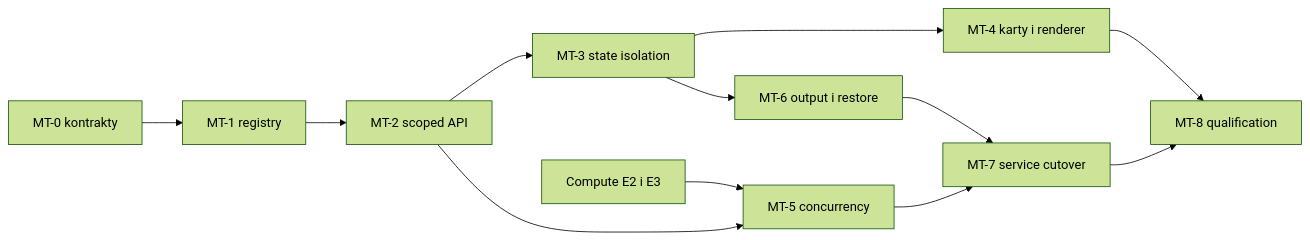
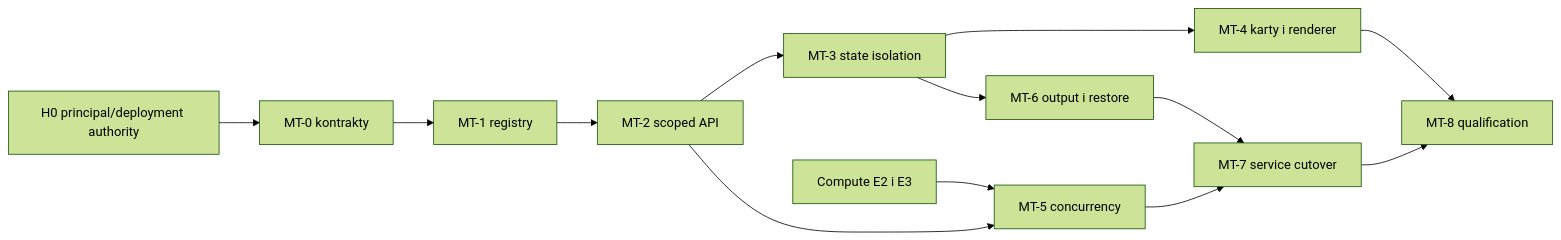
The second of 2 diagrams in docs/plans/active/multi-project-tabs-20261005.md (MateuszZelent/fullmag), drawn with Mermaid (forest theme) before and after one commit. The commit also changed other lines of this file and 9 other files, not shown here.

````diff
--- a/docs/plans/active/multi-project-tabs-20261005.md
+++ b/docs/plans/active/multi-project-tabs-20261005.md
@@ -354,14 +354,15 @@
 ```mermaid
 flowchart LR
-  MT0[MT-0 kontrakty] --> MT1[MT-1 registry]
+  H0[H0 principal/deployment authority] --> MT0[MT-0 kontrakty]
+  MT0 --> MT1[MT-1 registry]
   MT1 --> MT2[MT-2 scoped API]
   MT2 --> MT3[MT-3 state isolation]
   MT3 --> MT4[MT-4 karty i renderer]
   MT3 --> MT6[MT-6 output i restore]
   E23[Compute E2 i E3] --> MT5[MT-5 concurrency]
   MT2 --> MT5
   MT5 --> MT7[MT-7 service cutover]
   MT6 --> MT7
   MT4 --> MT8[MT-8 qualification]
   MT7 --> MT8
 ```
````
